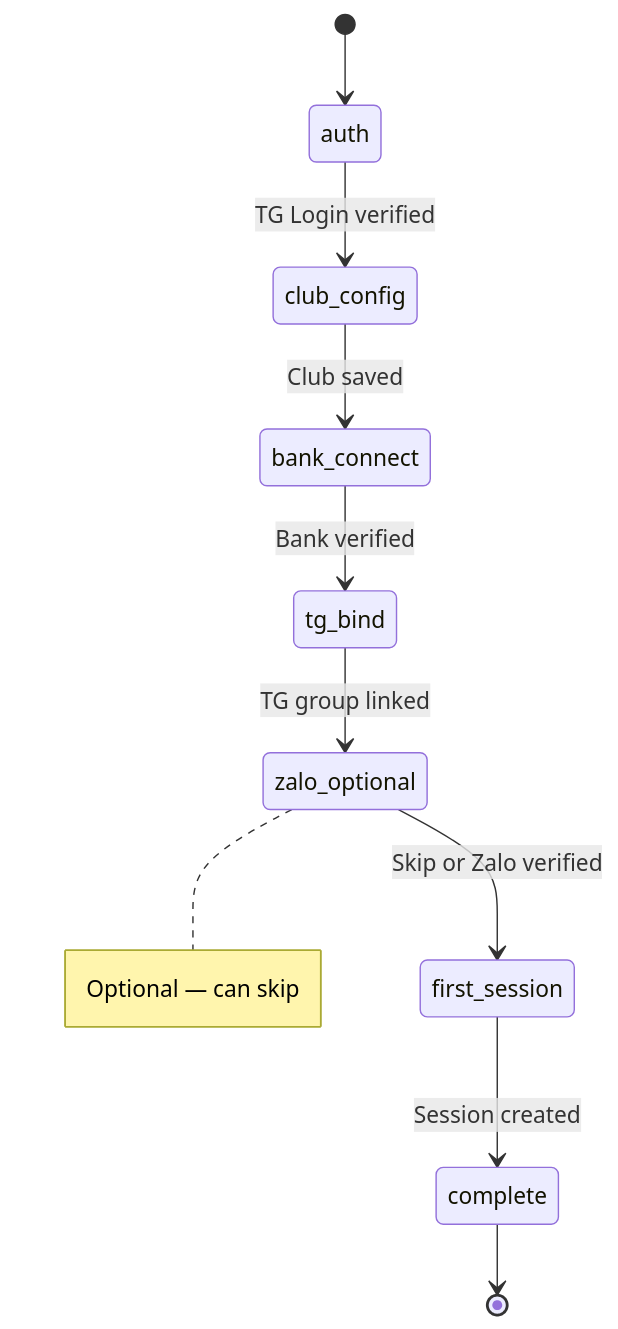
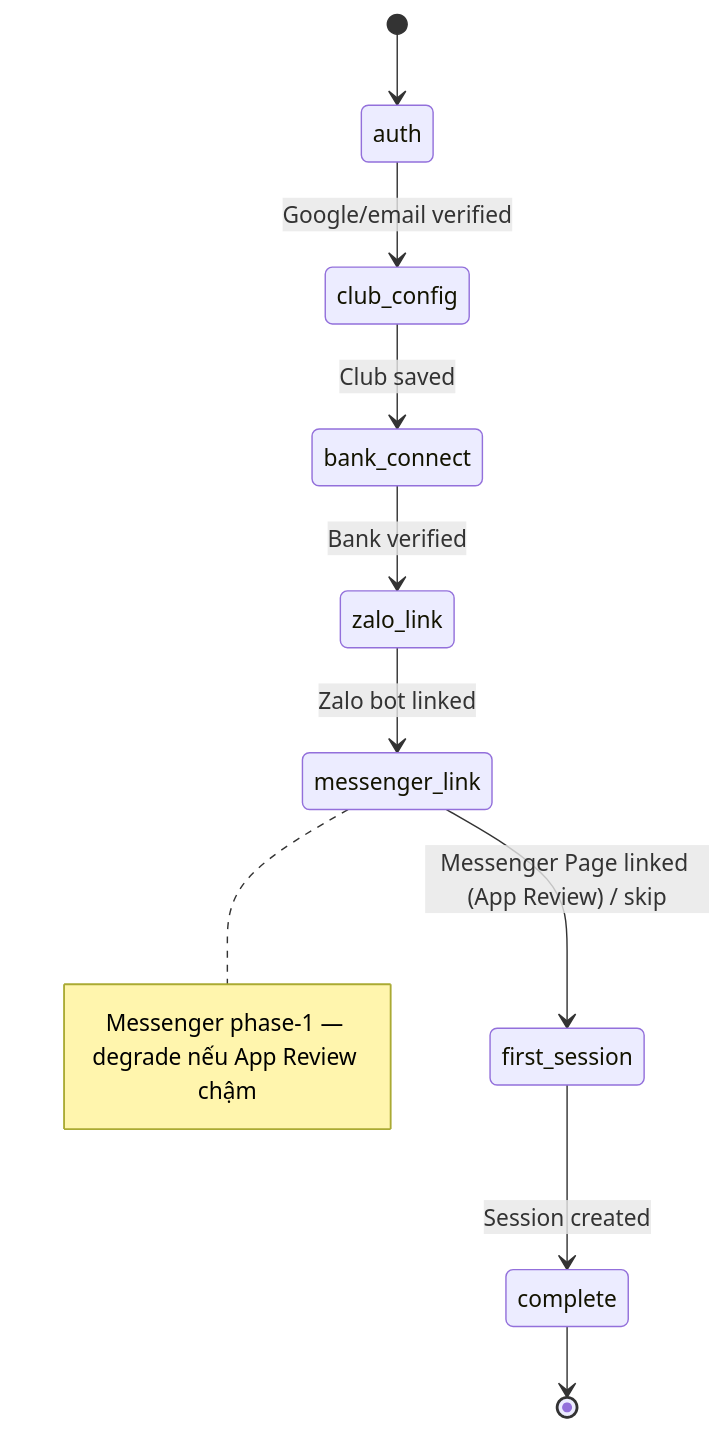
Before and after one commit to maingocanh1702/plexco-app: the diagram in docs/features/feature_web_auth_onboarding.md, drawn with Mermaid. The commit also changed other lines of this file and 98 other files, not shown here.

````diff
--- a/docs/features/feature_web_auth_onboarding.md
+++ b/docs/features/feature_web_auth_onboarding.md
@@ -100,12 +104,12 @@
 ```mermaid
 stateDiagram-v2
     [*] --> auth
-    auth --> club_config: TG Login verified
+    auth --> club_config: Google/email verified
     club_config --> bank_connect: Club saved
-    bank_connect --> tg_bind: Bank verified
-    tg_bind --> zalo_optional: TG group linked
-    zalo_optional --> first_session: Skip or Zalo verified
+    bank_connect --> zalo_link: Bank verified
+    zalo_link --> messenger_link: Zalo bot linked
+    messenger_link --> first_session: Messenger Page linked (App Review) / skip
     first_session --> complete: Session created
     complete --> [*]
-    note right of zalo_optional: Optional — can skip
+    note right of messenger_link: Messenger phase-1 — degrade nếu App Review chậm
 ```
````
